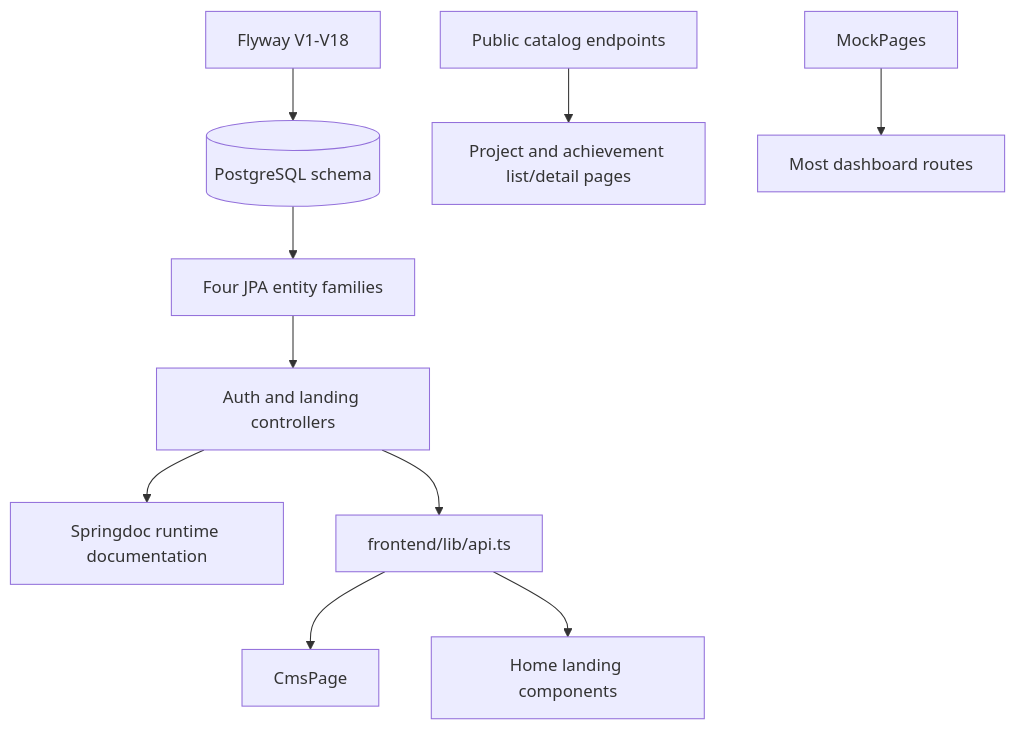
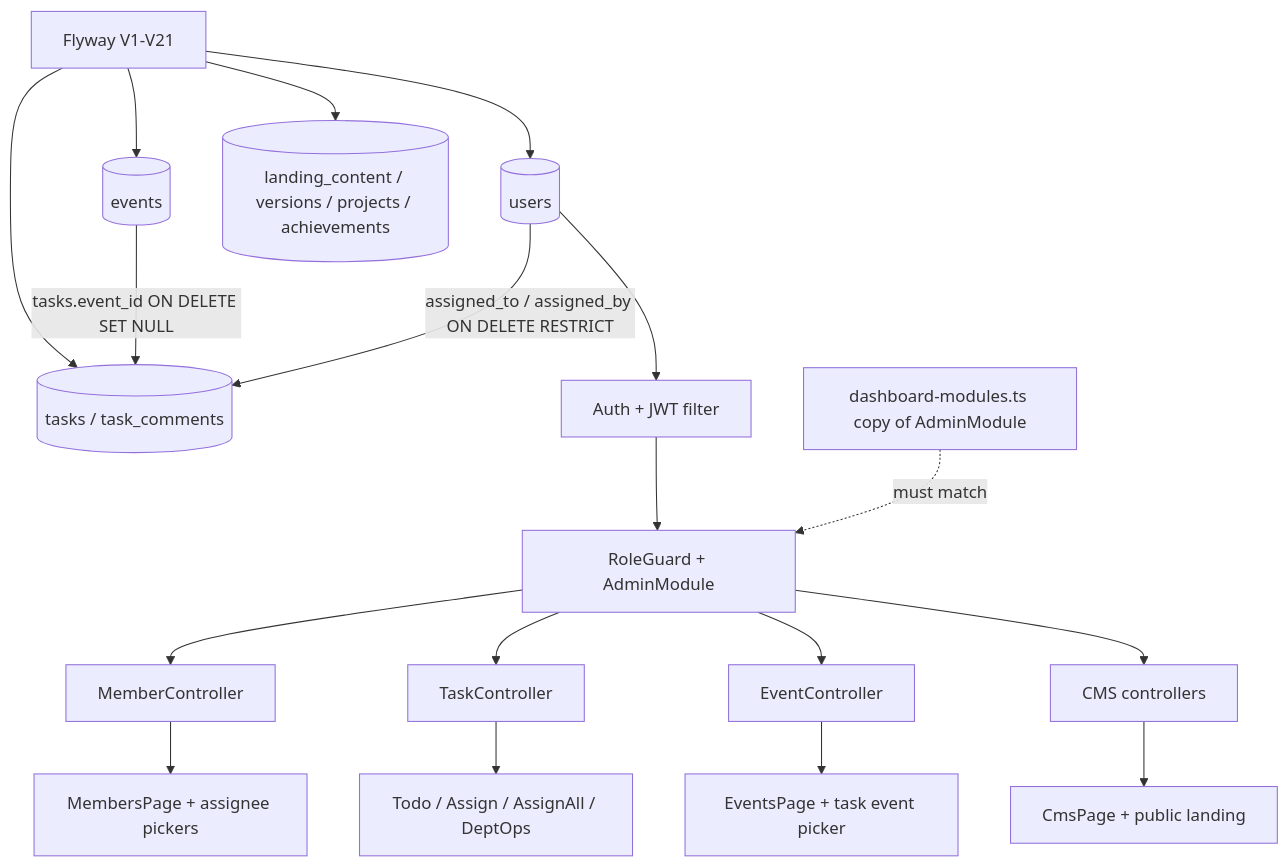
The diagram in docs/dependency-map.md (NGUYENTHANHDATHH/NEU-Debate-Club), drawn with Mermaid before and after one commit. The commit also changed other lines of this file and 18 other files, not shown here.

````diff
--- a/docs/dependency-map.md
+++ b/docs/dependency-map.md
@@ -58,12 +102,20 @@
 ```mermaid
 flowchart TD
-  Migrations[Flyway V1-V18] --> PostgreSQL[(PostgreSQL schema)]
-  PostgreSQL --> JPA[Four JPA entity families]
-  JPA --> Controllers[Auth and landing controllers]
-  Controllers --> RuntimeOpenAPI[Springdoc runtime documentation]
-  Controllers --> APIClient[frontend/lib/api.ts]
-  APIClient --> CMS[CmsPage]
-  APIClient --> PublicHome[Home landing components]
-  CatalogAPI[Public catalog endpoints] --> PublicLists[Project and achievement list/detail pages]
-  MockPages --> Dashboard[Most dashboard routes]
+  M[Flyway V1-V21] --> U[(users)]
+  M --> T[(tasks / task_comments)]
+  M --> E[(events)]
+  M --> L[(landing_content / versions / projects / achievements)]
+  U --> Auth[Auth + JWT filter]
+  Auth --> Guard[RoleGuard + AdminModule]
+  Guard --> Members[MemberController]
+  Guard --> Tasks[TaskController]
+  Guard --> Events[EventController]
+  Guard --> CMS[CMS controllers]
+  E -->|tasks.event_id ON DELETE SET NULL| T
+  U -->|assigned_to / assigned_by ON DELETE RESTRICT| T
+  Members --> FEm[MembersPage + assignee pickers]
+  Tasks --> FEt[Todo / Assign / AssignAll / DeptOps]
+  Events --> FEe[EventsPage + task event picker]
+  CMS --> FEc[CmsPage + public landing]
+  AdminModuleTS[dashboard-modules.ts copy of AdminModule] -.must match.-> Guard
 ```
````
